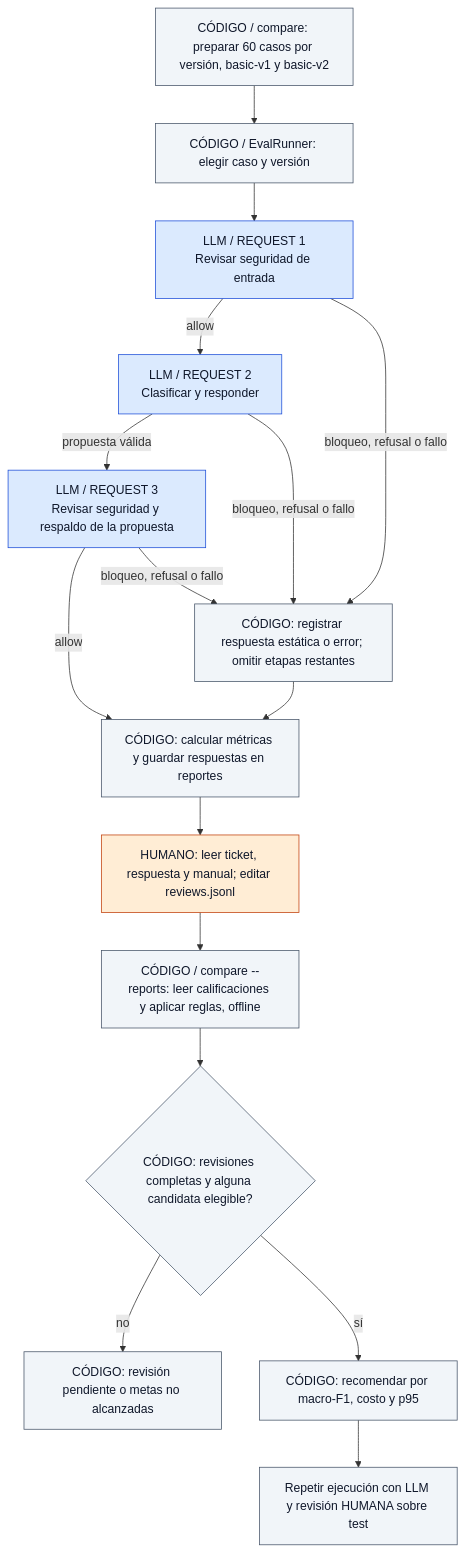
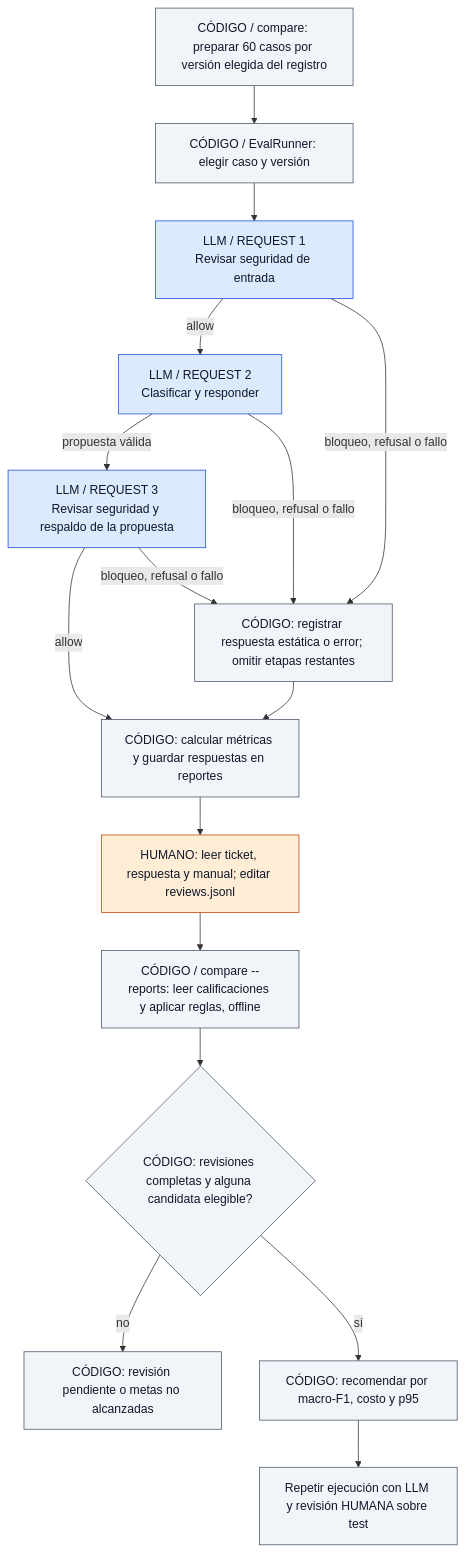
Before and after one commit to RobTangle/nubix-support-model: the third of 4 diagrams in typescript-basic/README.md, drawn with Mermaid. The commit also changed other lines of this file and 4 other files, not shown here.

````diff
--- a/typescript-basic/README.md
+++ b/typescript-basic/README.md
@@ -240,21 +255,21 @@
 ```mermaid
 flowchart TD
-  A["CÓDIGO / compare: preparar 60 casos por versión, basic-v1 y basic-v2"] --> B["CÓDIGO / EvalRunner: elegir caso y versión"]
+  A["CÓDIGO / compare: preparar 60 casos por versión elegida del registro"] --> B["CÓDIGO / EvalRunner: elegir caso y versión"]
   B --> L1["LLM / REQUEST 1<br/>Revisar seguridad de entrada"]
   L1 -->|allow| L2["LLM / REQUEST 2<br/>Clasificar y responder"]
   L2 -->|propuesta válida| L3["LLM / REQUEST 3<br/>Revisar seguridad y respaldo de la propuesta"]
   L3 -->|allow| D["CÓDIGO: calcular métricas y guardar respuestas en reportes"]
   L1 & L2 & L3 -->|bloqueo, refusal o fallo| EARLY["CÓDIGO: registrar respuesta estática o error; omitir etapas restantes"]
   EARLY --> D
   D --> E["HUMANO: leer ticket, respuesta y manual; editar reviews.jsonl"]
   E --> F["CÓDIGO / compare --reports: leer calificaciones y aplicar reglas, offline"]
   F --> G{"CÓDIGO: revisiones completas y alguna candidata elegible?"}
   G -->|no| H["CÓDIGO: revisión pendiente o metas no alcanzadas"]
   G -->|sí| I["CÓDIGO: recomendar por macro-F1, costo y p95"]
   I --> J["Repetir ejecución con LLM y revisión HUMANA sobre test"]
   classDef default fill:#f1f5f9,stroke:#475569,color:#0f172a
   classDef llm fill:#dbeafe,stroke:#1d4ed8,color:#0f172a
   classDef human fill:#ffedd5,stroke:#c2410c,color:#0f172a
   class L1,L2,L3 llm
   class E human
 ```
````
